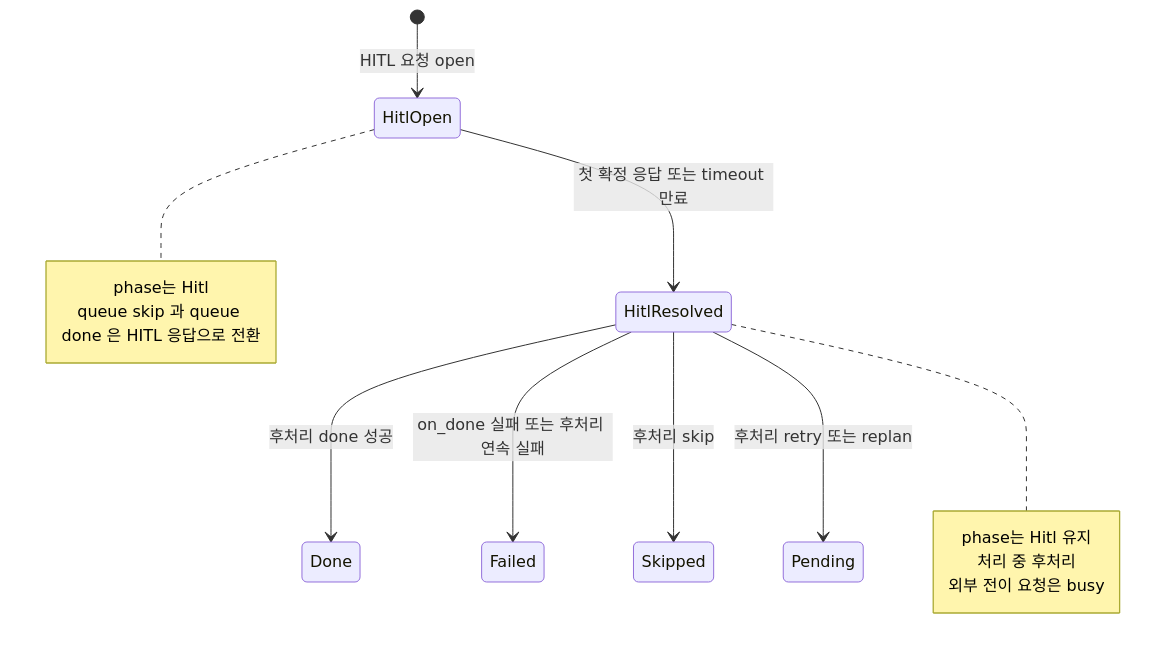
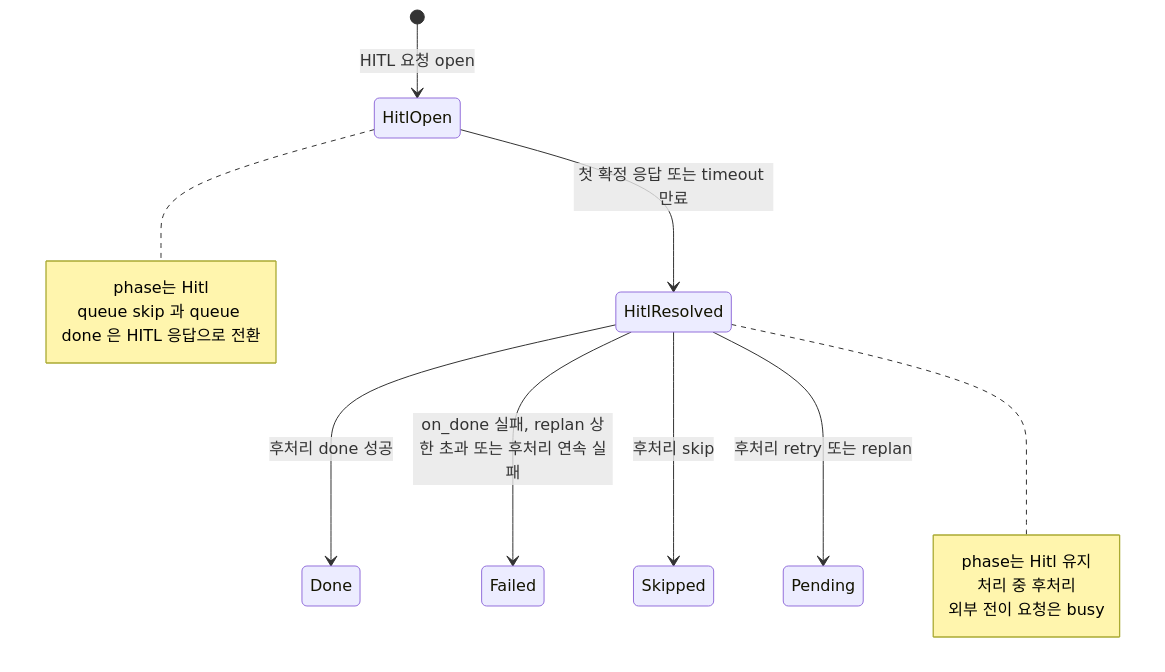
Before and after one commit to kys0213/belt: the sixth of 7 diagrams in spec/concerns/queue-state-machine.md, drawn with Mermaid. The commit also changed other lines of this file and 5 other files, not shown here.

Commit message:
docs(spec): address design/flows review and settle replan-over-cap outcome

````diff
--- a/spec/concerns/queue-state-machine.md
+++ b/spec/concerns/queue-state-machine.md
@@ -236,18 +237,18 @@
 ```mermaid
 stateDiagram-v2
     [*] --> HitlOpen: HITL 요청 open
     HitlOpen --> HitlResolved: 첫 확정 응답 또는 timeout 만료
     HitlResolved --> Done: 후처리 done 성공
-    HitlResolved --> Failed: on_done 실패 또는 후처리 연속 실패
+    HitlResolved --> Failed: on_done 실패, replan 상한 초과 또는 후처리 연속 실패
     HitlResolved --> Skipped: 후처리 skip
     HitlResolved --> Pending: 후처리 retry 또는 replan
     note right of HitlOpen
         phase는 Hitl
         queue skip 과 queue done 은 HITL 응답으로 전환
     end note
     note right of HitlResolved
         phase는 Hitl 유지
         처리 중 후처리
         외부 전이 요청은 busy
     end note
 ```
````
